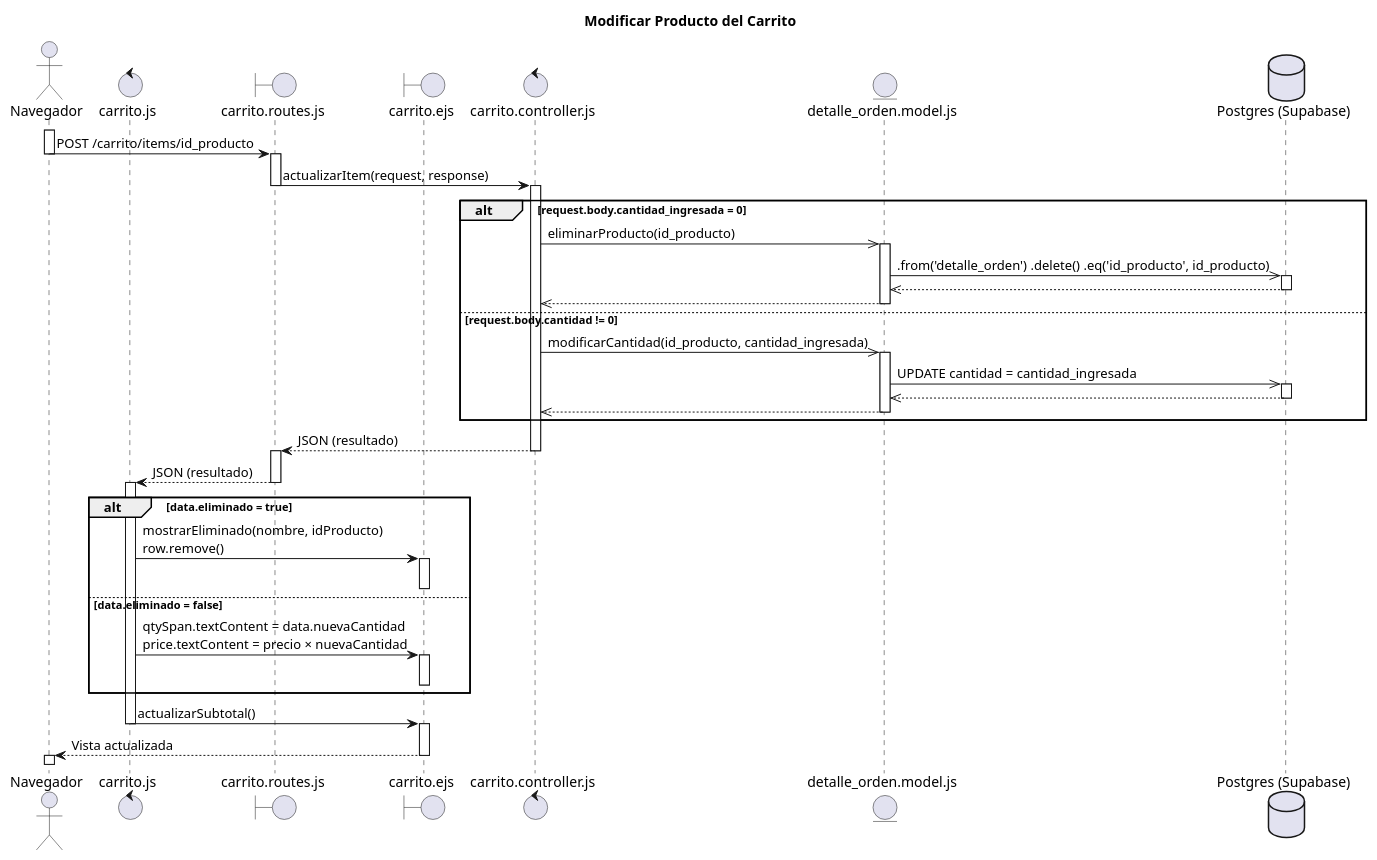
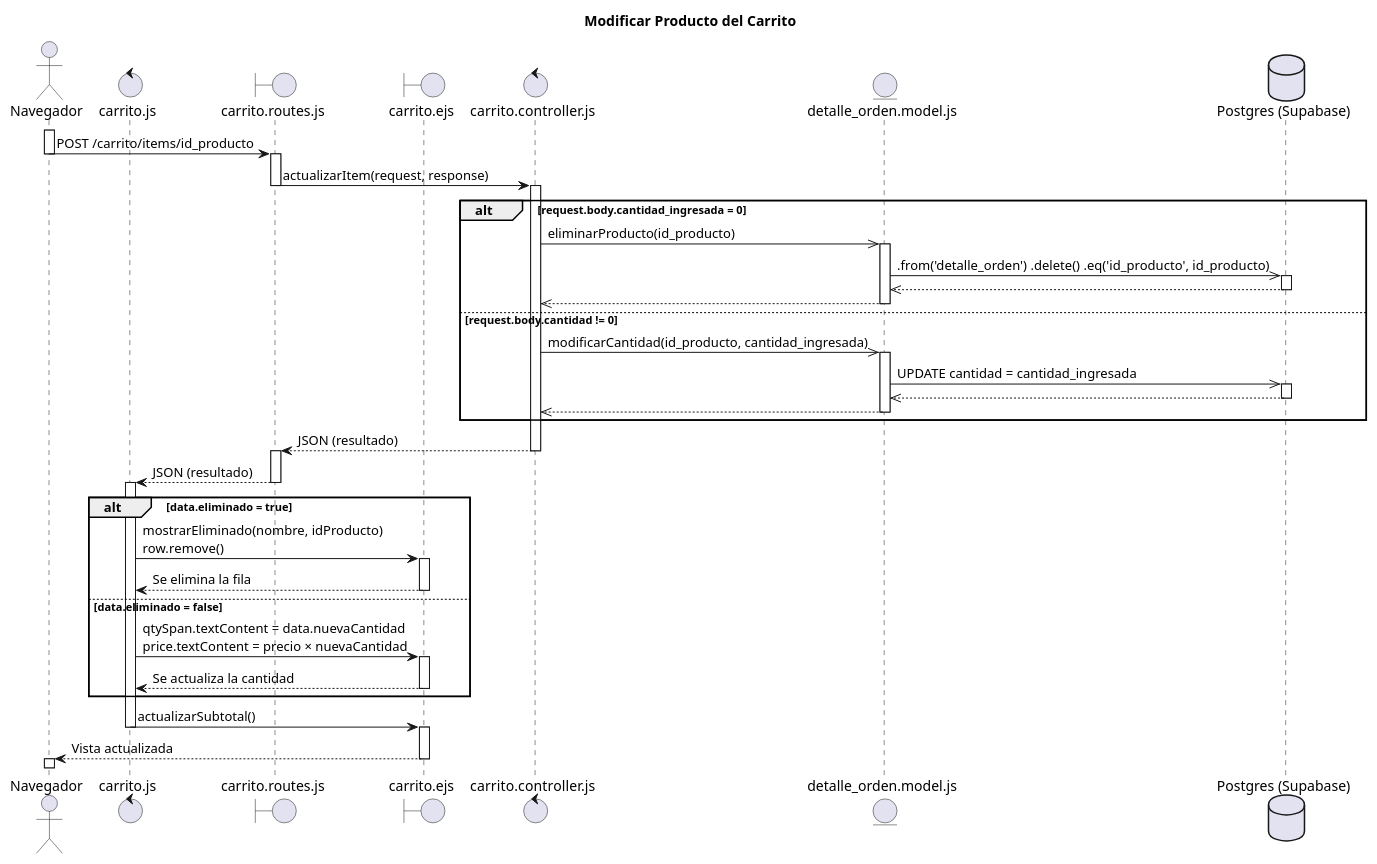
The diagram in Diagramas_Secuencia/Script/ModificarProductodelCarrito.wsd (J24RM/Odysey_Lab), drawn with PlantUML before and after one commit.

Commit message:
Se actualizo el diagrama de secuencia

```diff
--- a/Diagramas_Secuencia/Script/ModificarProductodelCarrito.wsd
+++ b/Diagramas_Secuencia/Script/ModificarProductodelCarrito.wsd
@@ -1,71 +1,73 @@
 @startuml Modificar Producto del Carrito
 Title "Modificar Producto del Carrito"
 
 actor Navegador as nav
 control "carrito.js" as JS
 boundary "carrito.routes.js" as ruta
 boundary "carrito.ejs" as UI
 control "carrito.controller.js" as ctrl
 entity "detalle_orden.model.js" as model
 database "Postgres (Supabase)" as DB
 
 activate nav
 nav -> ruta: POST /carrito/items/id_producto 
 deactivate nav
 
 activate ruta
 ruta -> ctrl:  actualizarItem(request, response)
 deactivate ruta
 activate ctrl
 
 alt request.body.cantidad_ingresada = 0
     ctrl ->> model: eliminarProducto(id_producto)
     activate model
     model ->> DB: .from('detalle_orden') .delete() .eq('id_producto', id_producto)
     activate DB
     DB -->> model
     deactivate DB
     model -->> ctrl
     deactivate model
     
 else request.body.cantidad != 0
     ctrl ->> model: modificarCantidad(id_producto, cantidad_ingresada)
     activate model
     model ->> DB: UPDATE cantidad = cantidad_ingresada
     activate DB
     DB -->> model
     deactivate DB
     model -->> ctrl
 
     deactivate model
 end
 
 ctrl --> ruta: JSON (resultado)
 deactivate ctrl
 activate ruta
 
 ruta --> JS: JSON (resultado)
 deactivate ruta
 
 activate JS
 alt data.eliminado = true
     
     JS -> UI: mostrarEliminado(nombre, idProducto)\nrow.remove()
     activate UI
+    UI --> JS: Se elimina la fila
     deactivate UI
 else data.eliminado = false
     JS -> UI: qtySpan.textContent = data.nuevaCantidad\nprice.textContent = precio × nuevaCantidad
     activate UI
+    UI --> JS: Se actualiza la cantidad
     deactivate UI
 end
 JS -> UI: actualizarSubtotal()
 deactivate JS
 
 
 activate UI
 UI --> nav: Vista actualizada
 deactivate UI
 activate nav
 
 
 @enduml
```
